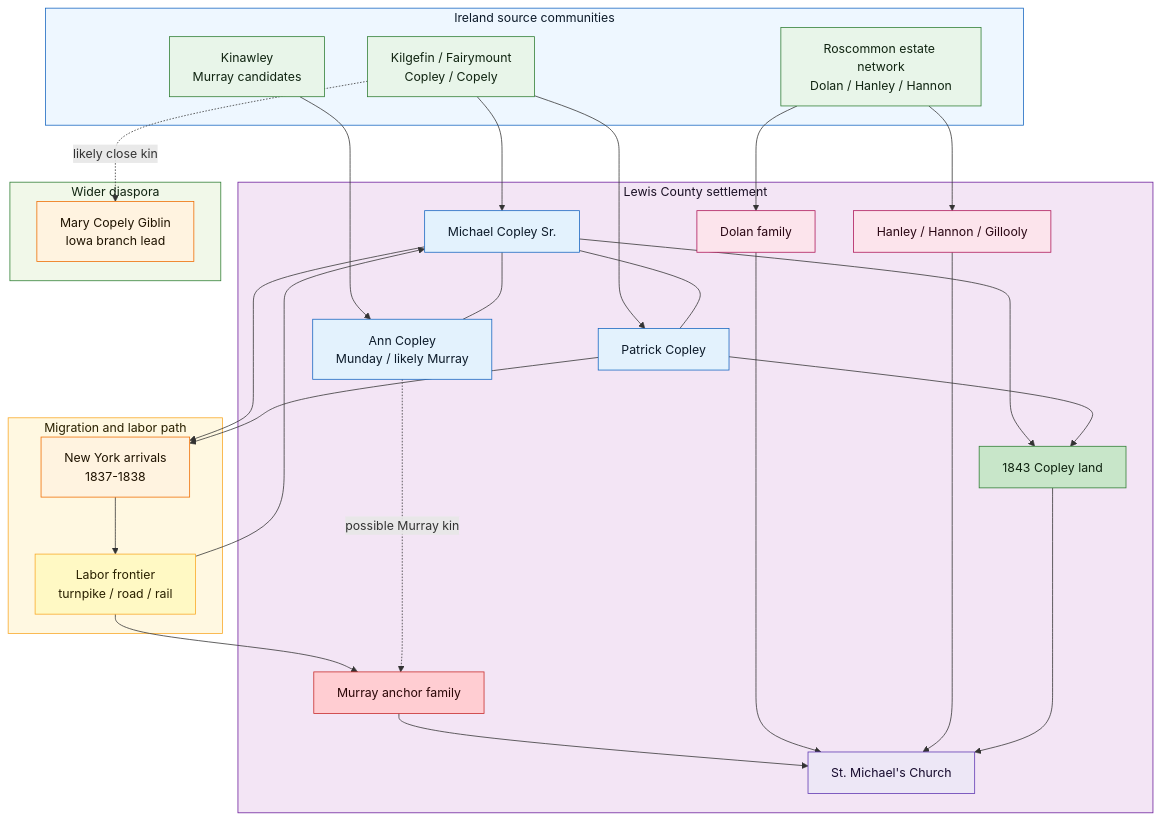
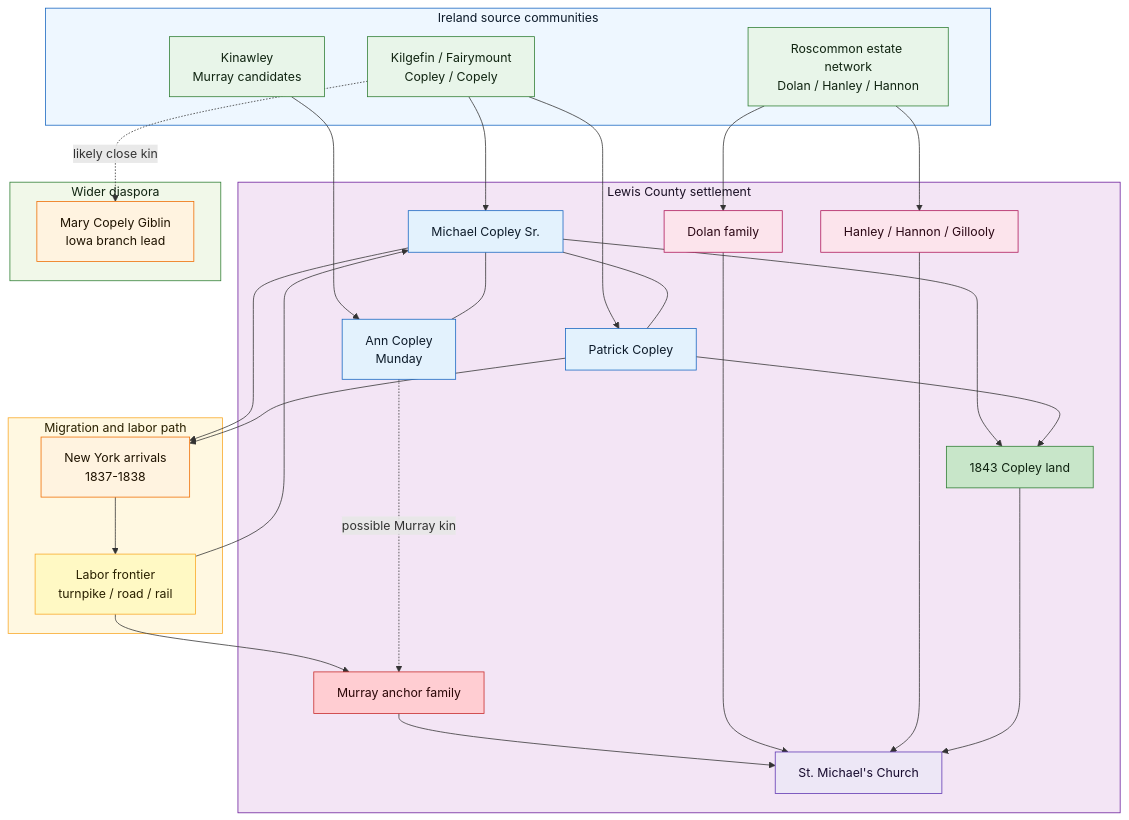
The second of 4 diagrams in Visual Story Atlas.md (zcopley/copley-family-research), drawn with Mermaid before and after one commit. The commit also changed other lines of this file and 21 other files, not shown here.

````diff
--- a/Visual Story Atlas.md
+++ b/Visual Story Atlas.md
@@ -63,63 +63,63 @@
 ```mermaid
 graph TB
     subgraph IRE["Ireland source communities"]
         KIL["Kilgefin / Fairymount<br/>Copley / Copely"]:::place
         KIN["Kinawley<br/>Murray candidates"]:::place
         ROS["Roscommon estate network<br/>Dolan / Hanley / Hannon"]:::place
     end
     
     subgraph MIG["Migration and labor path"]
         NY["New York arrivals<br/>1837-1838"]:::event
         LAB["Labor frontier<br/>turnpike / road / rail"]:::context
     end
     
     subgraph SETTLE["Lewis County settlement"]
         MIC["Michael Copley Sr."]:::person
-        ANN["Ann Copley<br/>Munday / likely Murray"]:::person
+        ANN["Ann Copley<br/>Munday"]:::person
         PAT["Patrick Copley"]:::person
         MUR["Murray anchor family"]:::unknown
         DOL["Dolan family"]:::family
         HAN["Hanley / Hannon / Gillooly"]:::family
         STM["St. Michael's Church"]:::institution
         LAND["1843 Copley land"]:::verified
     end
     
     subgraph SIDE["Wider diaspora"]
         MARY["Mary Copely Giblin<br/>Iowa branch lead"]:::plausible
     end
     
     KIL --> MIC
     KIL --> PAT
     KIL -. likely close kin .-> MARY
     KIN --> ANN
     ROS --> DOL
     ROS --> HAN
     MIC --> NY
     PAT --> NY
     NY --> LAB
     LAB --> MIC
     LAB --> MUR
     MIC --- ANN
     MIC --- PAT
     ANN -. possible Murray kin .-> MUR
     MUR --> STM
     DOL --> STM
     HAN --> STM
     MIC --> LAND
     PAT --> LAND
     LAND --> STM
     
     style IRE fill:#eef7ff,stroke:#1565c0,color:#0d1b2a
     style MIG fill:#fff8e1,stroke:#f9a825,color:#2a2100
     style SETTLE fill:#f3e5f5,stroke:#6a1b9a,color:#1a1024
     style SIDE fill:#f1f8e9,stroke:#2e7d32,color:#102411
     classDef person fill:#e3f2fd,stroke:#1565c0,color:#0d1b2a
     classDef family fill:#fce4ec,stroke:#ad1457,color:#2a0714
     classDef place fill:#e8f5e9,stroke:#2e7d32,color:#102411
     classDef event fill:#fff3e0,stroke:#ef6c00,color:#1f1300
     classDef context fill:#fff9c4,stroke:#f9a825,color:#2a2100
     classDef institution fill:#ede7f6,stroke:#5e35b1,color:#170b2e
     classDef verified fill:#c8e6c9,stroke:#2e7d32,color:#102411
     classDef plausible fill:#fff3e0,stroke:#ef6c00,color:#1f1300
     classDef unknown fill:#ffcdd2,stroke:#c62828,color:#2b0707
 ```
````
